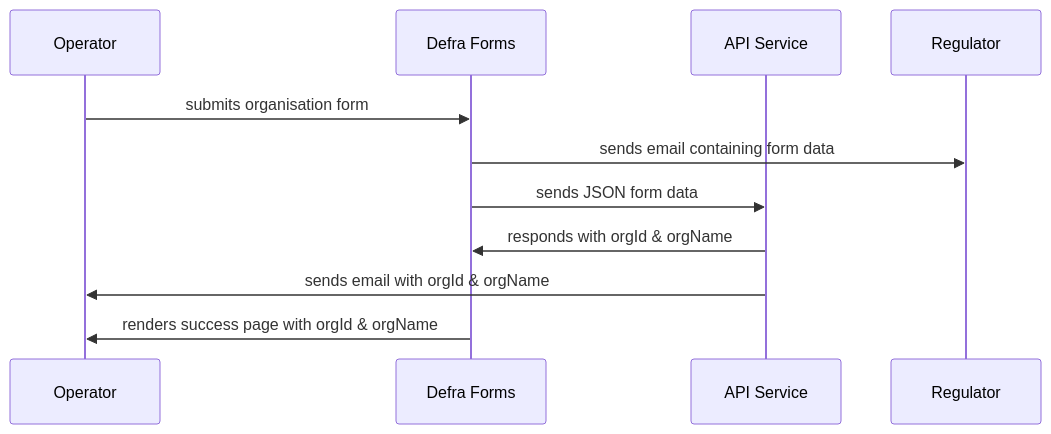
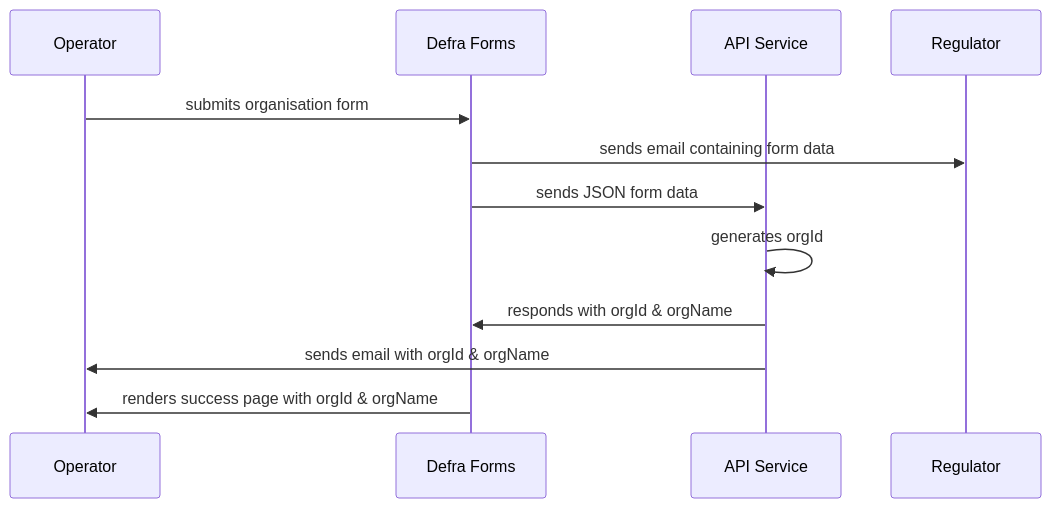
The second of 10 diagrams in docs/architecture/discovery/2025-reg-acc-lld.md (DEFRA/epr-backend), drawn with Mermaid before and after one commit. The commit also changed other lines of this file, not shown here.

````diff
--- a/docs/architecture/discovery/2025-reg-acc-lld.md
+++ b/docs/architecture/discovery/2025-reg-acc-lld.md
@@ -70,13 +72,14 @@
 ```mermaid
 sequenceDiagram
   participant Operator
   participant Defra Forms
   participant API Service
   participant Regulator
   Operator->>Defra Forms: submits organisation form
   Defra Forms->>Regulator: sends email containing form data
   Defra Forms->>API Service: sends JSON form data
+  API Service->>API Service: generates orgId
   API Service->>Defra Forms: responds with orgId & orgName
   API Service->>Operator: sends email with orgId & orgName
   Defra Forms->>Operator: renders success page with orgId & orgName
 ```
````
